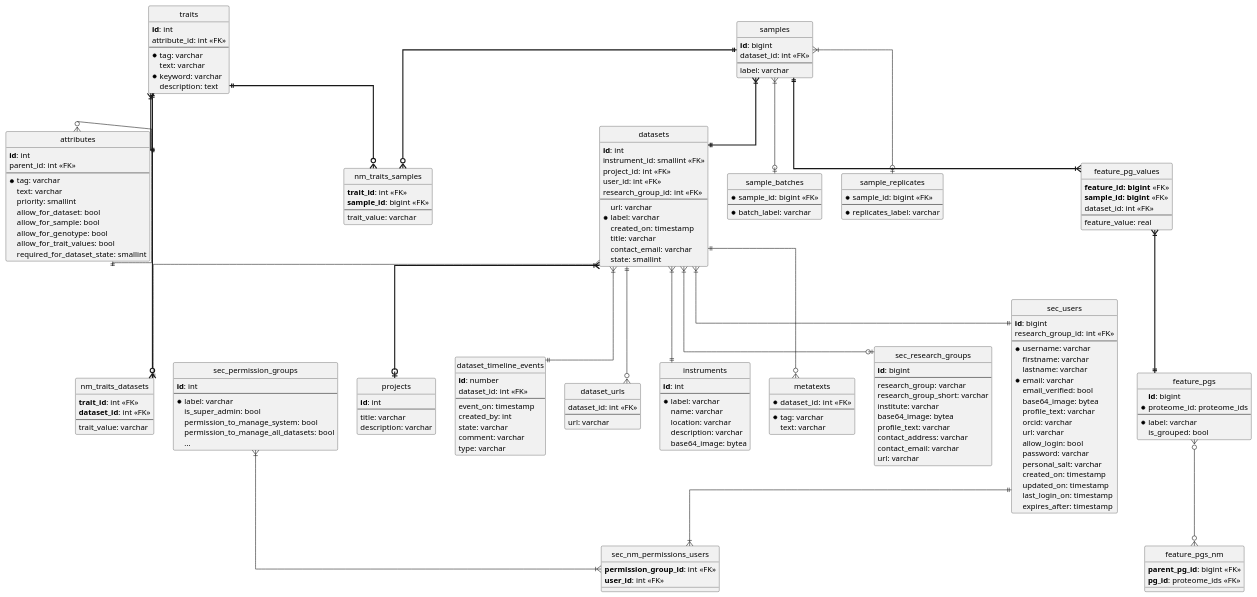
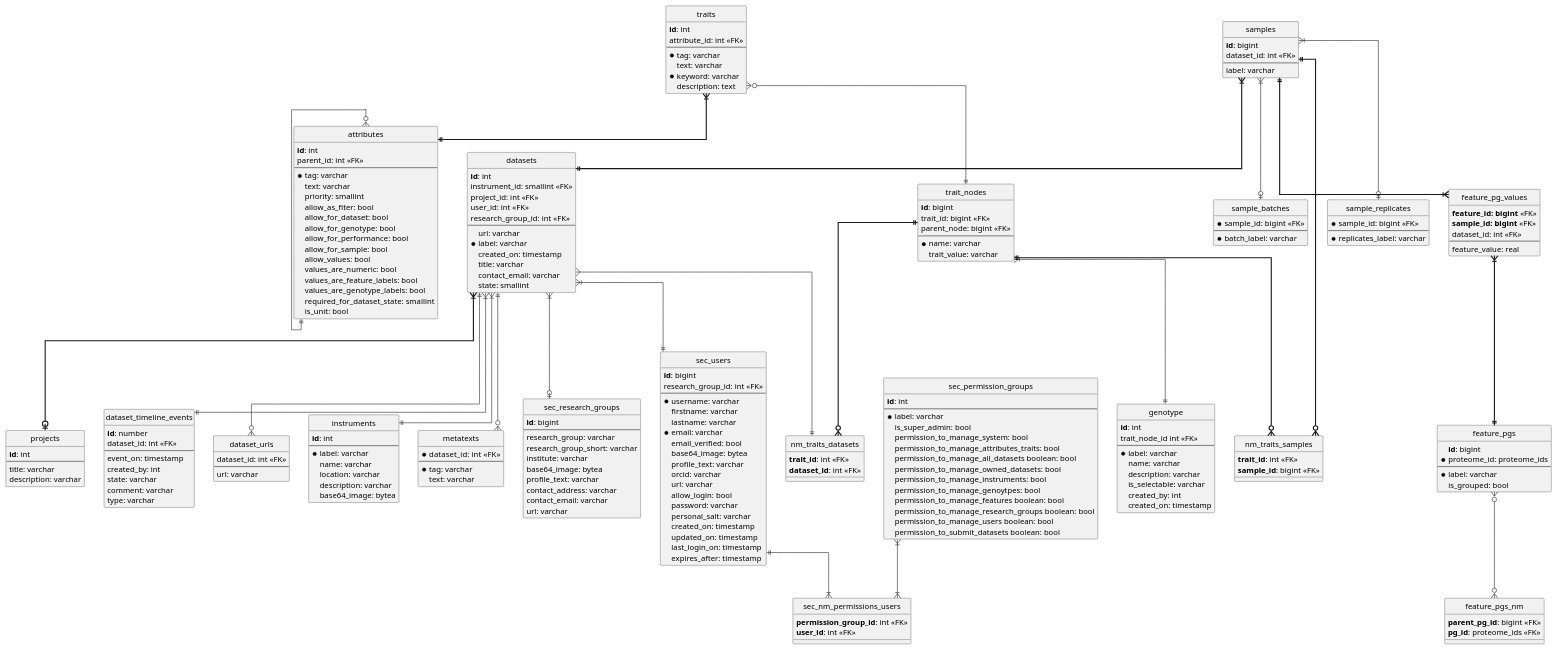
The diagram in resources/documentation/database_design.puml (hnolCol/mitocube-backend), drawn with PlantUML before and after one commit. The commit also changed 27 other files, not shown here.

```diff
--- a/resources/documentation/database_design.puml
+++ b/resources/documentation/database_design.puml
@@ -12,11 +12,17 @@
     * tag: varchar
     text: varchar
     priority: smallint
+    allow_as_fiter: bool
     allow_for_dataset: bool
+    allow_for_genotype: bool
+    allow_for_performance: bool
     allow_for_sample: bool
-    allow_for_genotype: bool
-    allow_for_trait_values: bool
+    allow_values: bool
+    values_are_numeric: bool
+    values_are_feature_labels: bool
+    values_are_genotype_labels: bool
     required_for_dataset_state: smallint
+    is_unit: bool
 }
 
 entity "traits" as traits {
@@ -32,17 +38,33 @@
 entity "nm_traits_datasets" as nm_traits_datasets {
     **trait_id**: int <<FK>>
     **dataset_id**: int <<FK>>
-    --
-    trait_value: varchar
 }
 
 entity "nm_traits_samples" as nm_traits_samples {
     **trait_id**: int <<FK>>
     **sample_id**: bigint <<FK>>
+}
+
+entity "trait_nodes" as trait_nodes {
+    **id**: bigint
+    trait_id: bigint <<FK>>
+    parent_node: bigint <<FK>>
     --
+    * name: varchar
     trait_value: varchar
 }
 
+entity "genotype" as genotype {
+    **id**: int
+    trait_node_id int <<FK>>
+    --
+    * label: varchar
+    name: varchar
+    description: varchar
+    is_selectable: varchar
+    created_by: int
+    created_on: timestamp
+}
 
 entity "projects" as projects {
     **id**: int
@@ -181,8 +203,15 @@
     * label: varchar
     is_super_admin: bool
     permission_to_manage_system: bool
-    permission_to_manage_all_datasets: bool
-    ...
+    permission_to_manage_attributes_traits: bool
+    permission_to_manage_all_datasets boolean: bool
+    permission_to_manage_owned_datasets: bool
+    permission_to_manage_instruments: bool
+    permission_to_manage_genoytpes: bool
+    permission_to_manage_features boolean: bool
+    permission_to_manage_research_groups boolean: bool
+    permission_to_manage_users boolean: bool
+    permission_to_submit_datasets boolean: bool
 }
 
 entity "sec_nm_permissions_users" as nm_permissions_users {
@@ -211,8 +240,10 @@
 feature_values }|-[bold]-||  features
 features  }o--o{  feature_nm
 
-traits ||-[bold]-o{ nm_traits_datasets
-traits ||-[bold]-o{ nm_traits_samples
+trait_nodes ||-[bold]-o{ nm_traits_datasets
+trait_nodes ||-[bold]-o{ nm_traits_samples
+trait_nodes }|--|| genotype
+traits }o--|| trait_nodes
 traits }|-[bold]-|| attributes
 attributes }o--|| attributes
 
```
